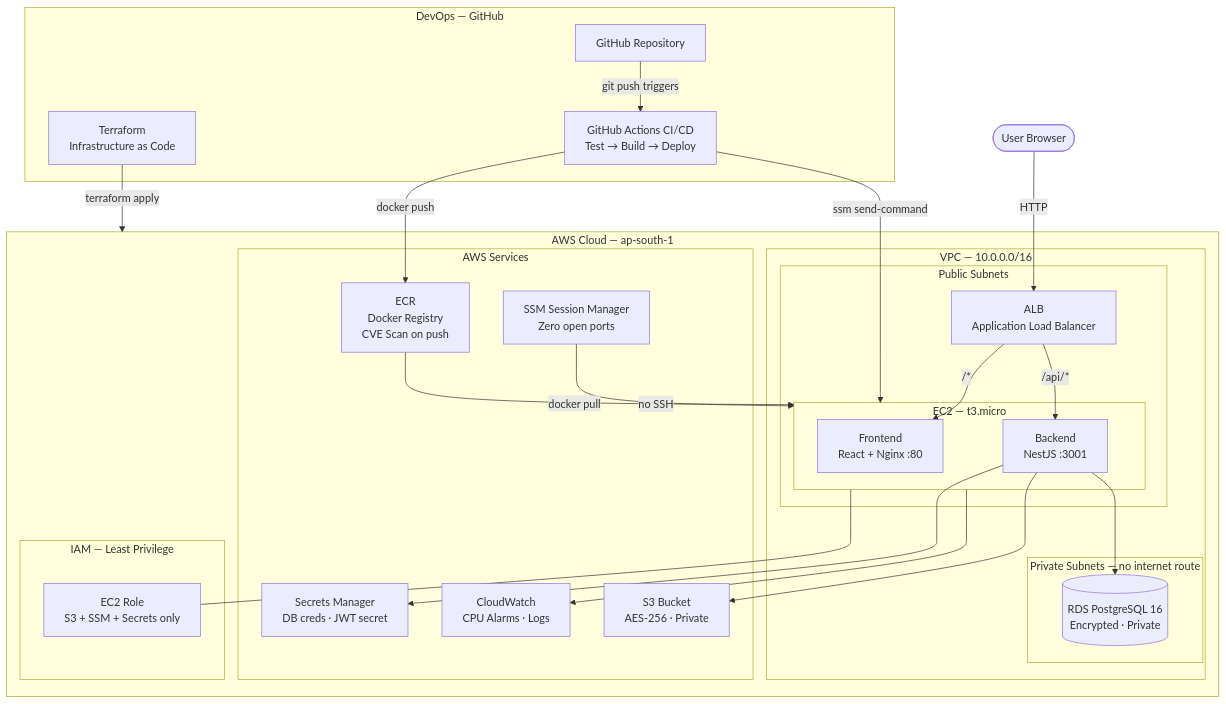
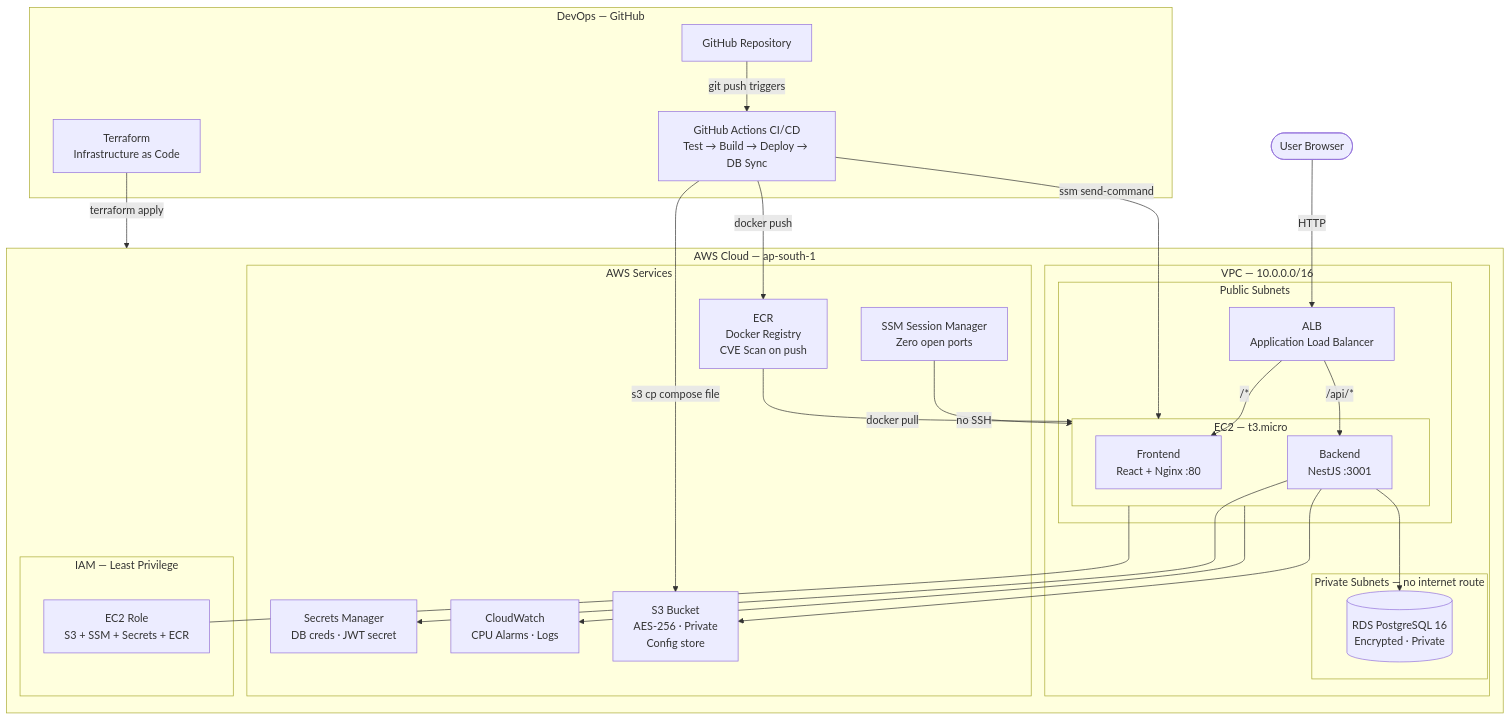
The first of 3 diagrams in README.md (jillani-07/mediflow), drawn with Mermaid before and after one commit. The commit also changed other lines of this file, not shown here.

Commit message:
docs: update README — fresh deploy guide, roadmap, pipeline diagram updated

````diff
--- a/README.md
+++ b/README.md
@@ -27,56 +27,57 @@
 ```mermaid
 graph TB
     User(["User Browser"])
 
     subgraph CICD ["DevOps — GitHub"]
         GIT["GitHub Repository"]
-        PIPE["GitHub Actions CI/CD\nTest → Build → Deploy"]
+        PIPE["GitHub Actions CI/CD\nTest → Build → Deploy → DB Sync"]
         TF["Terraform\nInfrastructure as Code"]
     end
 
     subgraph AWS ["AWS Cloud — ap-south-1"]
 
         subgraph Network ["VPC — 10.0.0.0/16"]
 
             subgraph Public ["Public Subnets"]
                 ALB["ALB\nApplication Load Balancer"]
                 subgraph EC2 ["EC2 — t3.micro"]
                     FE["Frontend\nReact + Nginx :80"]
                     BE["Backend\nNestJS :3001"]
                 end
             end
 
             subgraph Private ["Private Subnets — no internet route"]
                 RDS[("RDS PostgreSQL 16\nEncrypted · Private")]
             end
         end
 
         subgraph Services ["AWS Services"]
             ECR["ECR\nDocker Registry\nCVE Scan on push"]
             SM["Secrets Manager\nDB creds · JWT secret"]
             SSM["SSM Session Manager\nZero open ports"]
             CW["CloudWatch\nCPU Alarms · Logs"]
-            S3["S3 Bucket\nAES-256 · Private"]
+            S3["S3 Bucket\nAES-256 · Private\nConfig store"]
         end
 
         subgraph IAM ["IAM — Least Privilege"]
-            ROLE["EC2 Role\nS3 + SSM + Secrets only"]
+            ROLE["EC2 Role\nS3 + SSM + Secrets + ECR"]
         end
     end
 
     User -->|HTTP| ALB
     ALB -->|/* | FE
     ALB -->|/api/*| BE
     BE --> RDS
     BE --> SM
     BE --> S3
     EC2 --- ROLE
     SSM -->|no SSH| EC2
 
     GIT -->|git push triggers| PIPE
     PIPE -->|docker push| ECR
+    PIPE -->|s3 cp compose file| S3
     PIPE -->|ssm send-command| EC2
     ECR -->|docker pull| EC2
     TF -->|terraform apply| AWS
     EC2 --> CW
 ```
````
